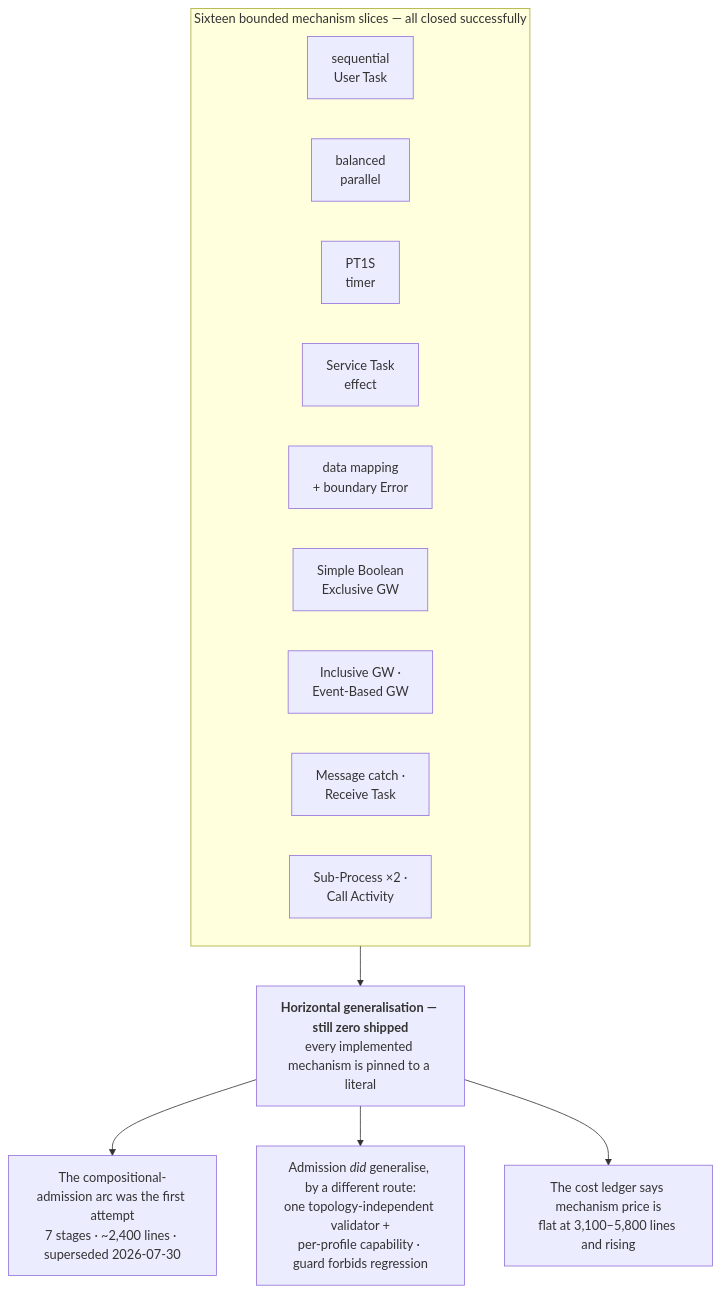
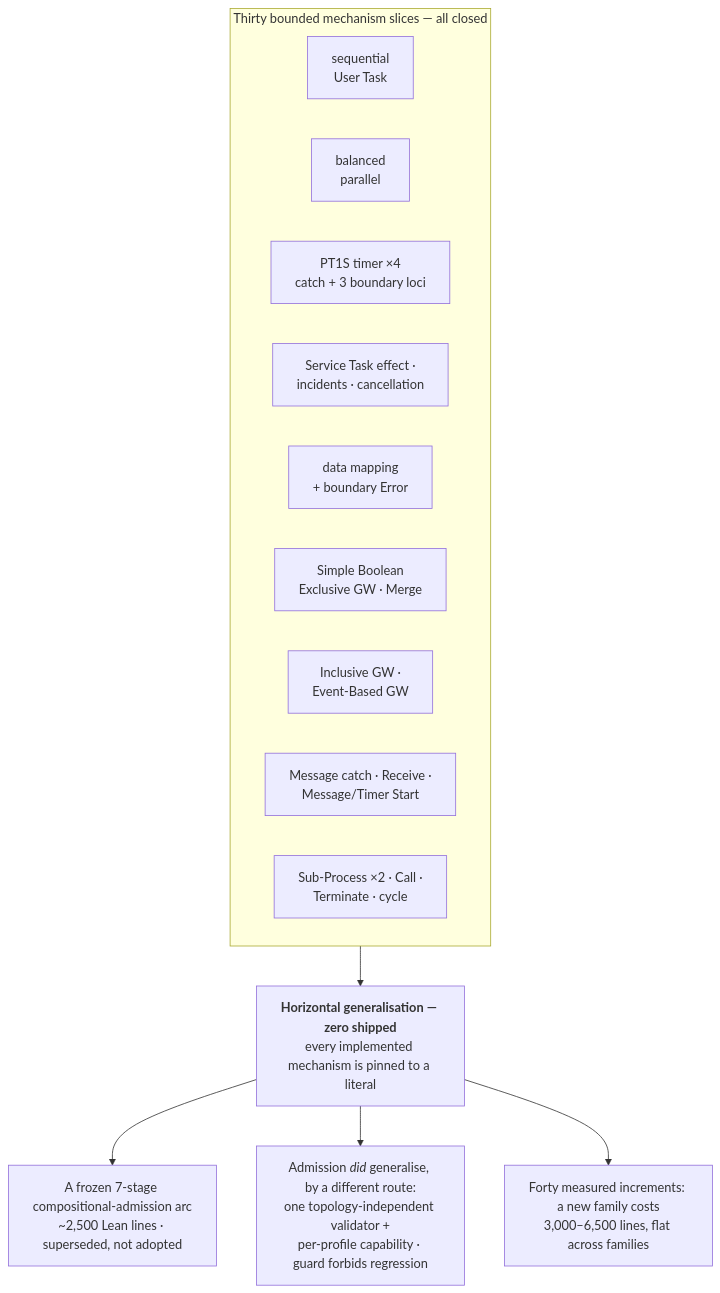
The diagram in 04-feasibility.md (mbackschat/bpmn-lean-experiment-assessment), drawn with Mermaid before and after one commit. The commit also changed other lines of this file and 21 other files, not shown here.

````diff
--- a/04-feasibility.md
+++ b/04-feasibility.md
@@ -148,19 +187,19 @@
 ```mermaid
 flowchart TB
-    subgraph V["Sixteen bounded mechanism slices — all closed successfully"]
+    subgraph V["Thirty bounded mechanism slices — all closed"]
         direction LR
         V1["sequential<br/>User Task"]
         V2["balanced<br/>parallel"]
-        V3["PT1S<br/>timer"]
-        V4["Service Task<br/>effect"]
+        V3["PT1S timer ×4<br/>catch + 3 boundary loci"]
+        V4["Service Task effect ·<br/>incidents · cancellation"]
         V5["data mapping<br/>+ boundary Error"]
-        V6["Simple Boolean<br/>Exclusive GW"]
+        V6["Simple Boolean<br/>Exclusive GW · Merge"]
         V7["Inclusive GW ·<br/>Event-Based GW"]
-        V8["Message catch ·<br/>Receive Task"]
-        V9["Sub-Process ×2 ·<br/>Call Activity"]
+        V8["Message catch · Receive ·<br/>Message/Timer Start"]
+        V9["Sub-Process ×2 · Call ·<br/>Terminate · cycle"]
     end
-    V --> H["<b>Horizontal generalisation — still zero shipped</b><br/>every implemented mechanism is pinned to a literal"]
-    H --> T["The compositional-admission arc was the first attempt<br/>7 stages · ~2,400 lines · superseded 2026-07-30"]
+    V --> H["<b>Horizontal generalisation — zero shipped</b><br/>every implemented mechanism is pinned to a literal"]
+    H --> T["A frozen 7-stage compositional-admission arc<br/>~2,500 Lean lines · superseded, not adopted"]
     H --> A["Admission <i>did</i> generalise, by a different route:<br/>one topology-independent validator +<br/>per-profile capability · guard forbids regression"]
-    H --> C["The cost ledger says mechanism price is<br/>flat at 3,100–5,800 lines and rising"]
+    H --> C["Forty measured increments: a new family costs<br/>3,000–6,500 lines, flat across families"]
 ```
````
